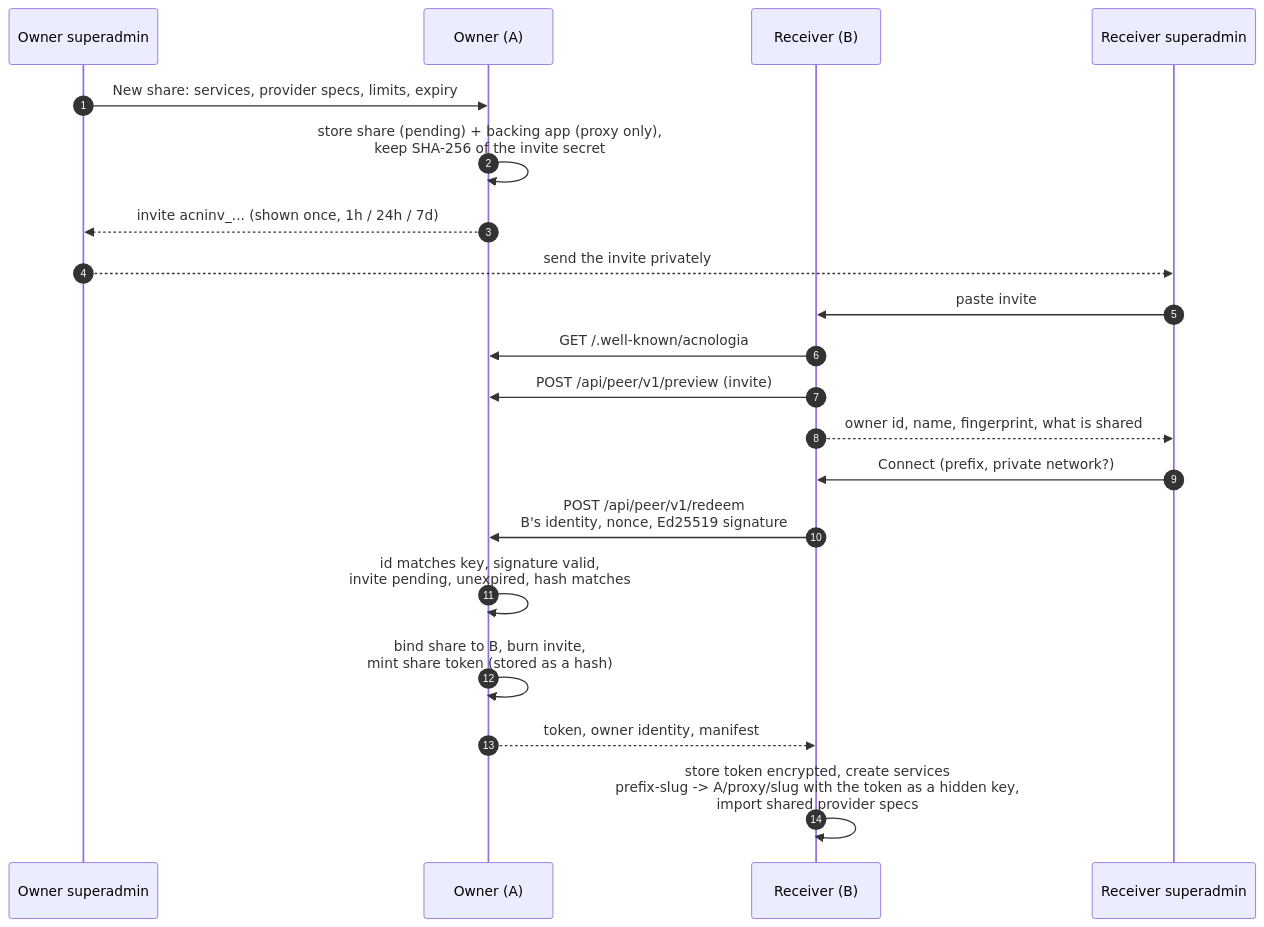
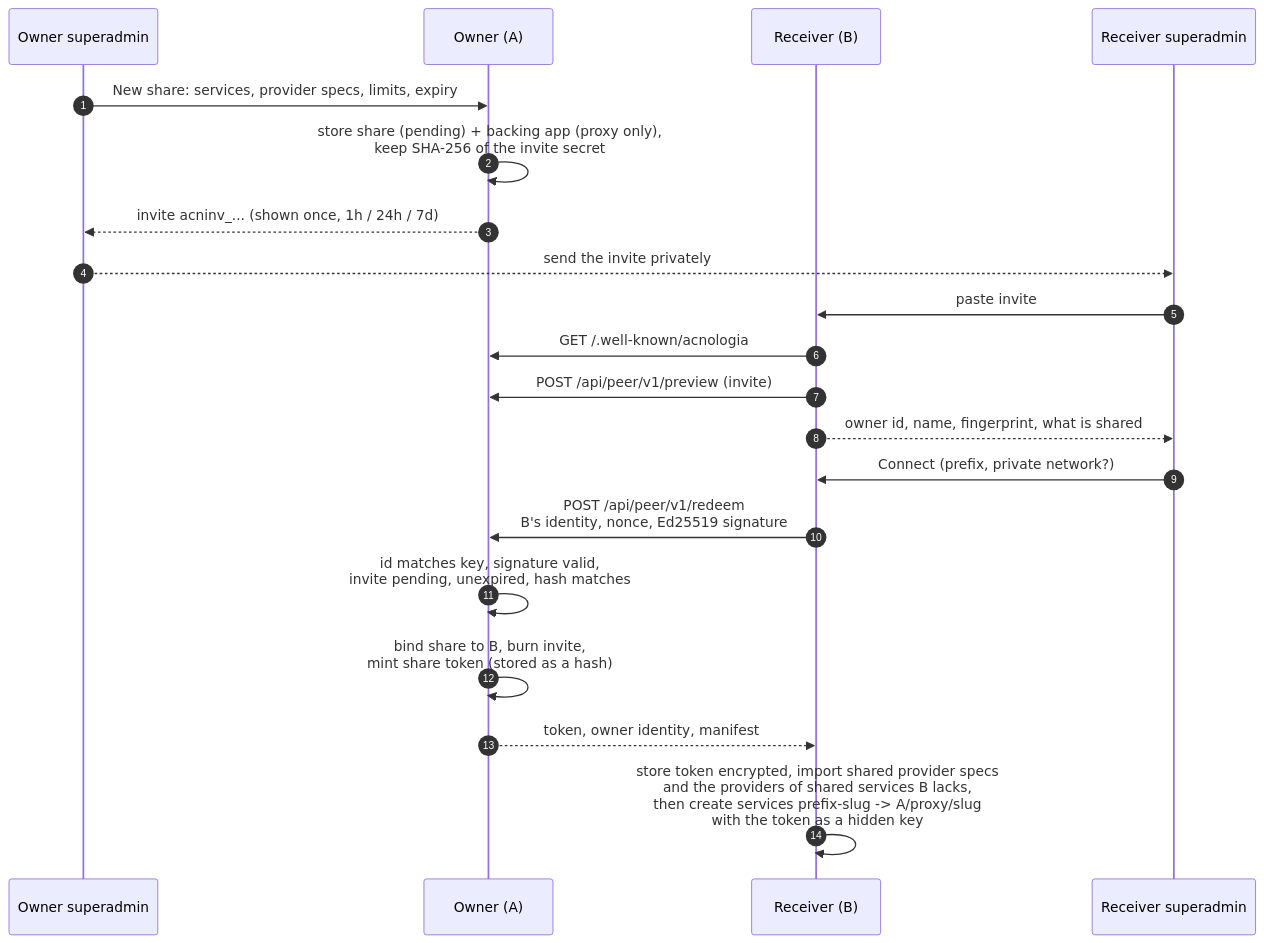
Diagram 15 of 16 in server/internal/docsmd/files/flows.md (sidharthpunathil/acnologia), drawn with Mermaid before and after one commit. The commit also changed other lines of this file and 7 other files, not shown here.

First line of the commit message:
Document how shared services bring their provider

````diff
--- a/server/internal/docsmd/files/flows.md
+++ b/server/internal/docsmd/files/flows.md
@@ -489,23 +489,23 @@
 ```mermaid
 sequenceDiagram
     autonumber
     participant SA as Owner superadmin
     participant A as Owner (A)
     participant B as Receiver (B)
     participant SB as Receiver superadmin
 
     SA->>A: New share: services, provider specs, limits, expiry
     A->>A: store share (pending) + backing app (proxy only),<br/>keep SHA-256 of the invite secret
     A-->>SA: invite acninv_... (shown once, 1h / 24h / 7d)
     SA-->>SB: send the invite privately
     SB->>B: paste invite
     B->>A: GET /.well-known/acnologia
     B->>A: POST /api/peer/v1/preview (invite)
     B-->>SB: owner id, name, fingerprint, what is shared
     SB->>B: Connect (prefix, private network?)
     B->>A: POST /api/peer/v1/redeem<br/>B's identity, nonce, Ed25519 signature
     A->>A: id matches key, signature valid,<br/>invite pending, unexpired, hash matches
     A->>A: bind share to B, burn invite,<br/>mint share token (stored as a hash)
     A-->>B: token, owner identity, manifest
-    B->>B: store token encrypted, create services<br/>prefix-slug -> A/proxy/slug with the token as a hidden key,<br/>import shared provider specs
+    B->>B: store token encrypted, import shared provider specs<br/>and the providers of shared services B lacks,<br/>then create services prefix-slug -> A/proxy/slug<br/>with the token as a hidden key
 ```
````
